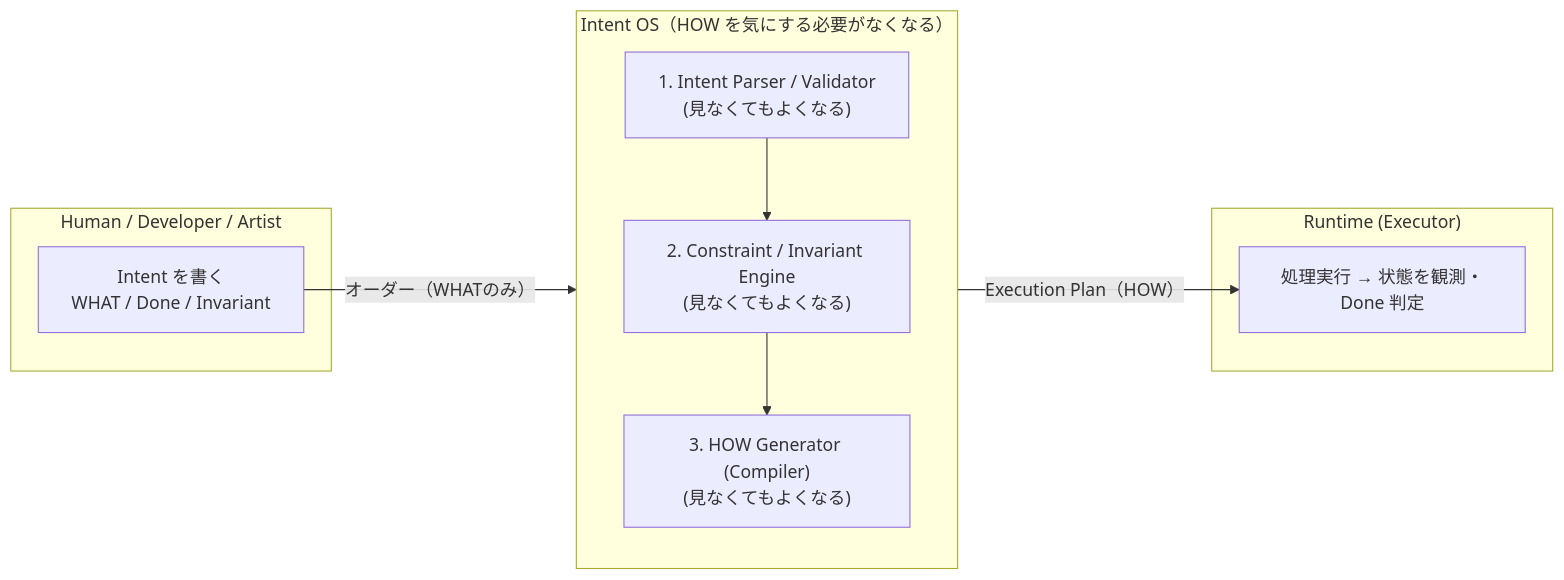
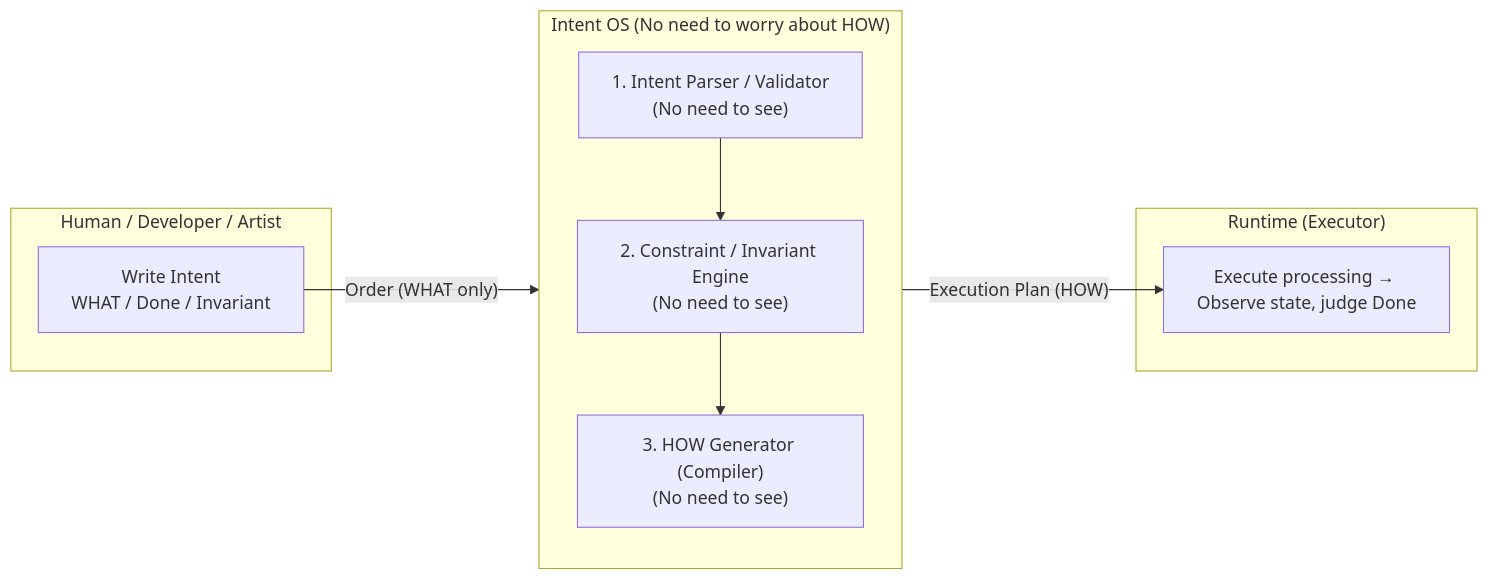
Before and after one commit to pikovolt/IKDD_Runtime: the first of 2 diagrams in docs/IKDD_Whitepaper.md, drawn with Mermaid. The commit also changed other lines of this file and 17 other files, not shown here.

````diff
--- a/docs/IKDD_Whitepaper.md
+++ b/docs/IKDD_Whitepaper.md
@@ -24,22 +24,22 @@
 ```mermaid
 flowchart LR
     subgraph HUMAN["Human / Developer / Artist"]
-        A["Intent を書く\nWHAT / Done / Invariant"]
+        A["Write Intent\nWHAT / Done / Invariant"]
     end
 
-    A -->|"オーダー（WHATのみ）"| OS
+    A -->|"Order (WHAT only)"| OS
 
-    subgraph OS["Intent OS（HOW を気にする必要がなくなる）"]
+    subgraph OS["Intent OS (No need to worry about HOW)"]
         direction TB
-        P["1. Intent Parser / Validator\n(見なくてもよくなる)"]
-        C["2. Constraint / Invariant Engine\n(見なくてもよくなる)"]
-        G["3. HOW Generator (Compiler)\n(見なくてもよくなる)"]
+        P["1. Intent Parser / Validator\n(No need to see)"]
+        C["2. Constraint / Invariant Engine\n(No need to see)"]
+        G["3. HOW Generator (Compiler)\n(No need to see)"]
         P --> C --> G
     end
 
-    G -->|"Execution Plan（HOW）"| R
+    G -->|"Execution Plan (HOW)"| R
 
     subgraph RT["Runtime (Executor)"]
-        R["処理実行 → 状態を観測・Done 判定"]
+        R["Execute processing → Observe state, judge Done"]
     end
 ```
````
